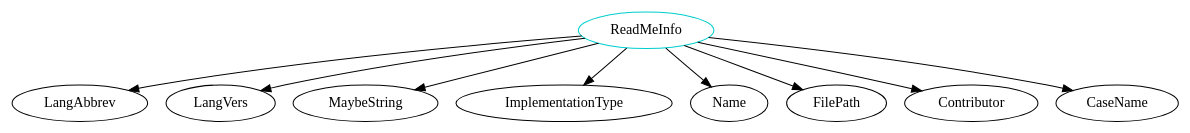
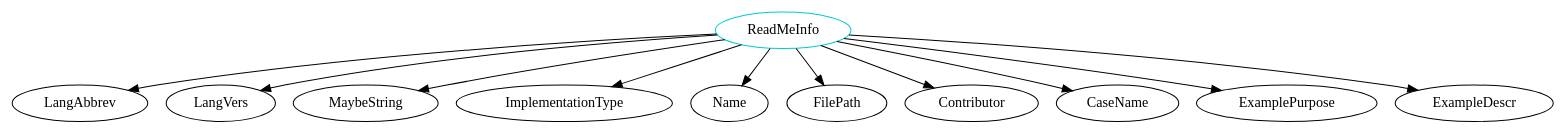
Before and after one commit to JacquesCarette/Drasil: the diagram in analysis/TypeDependencyGraphs/code/ReadMeInfo.dot, drawn with Graphviz. The commit also changed 9672 other files, not shown here.

```diff
--- a/analysis/TypeDependencyGraphs/code/ReadMeInfo.dot
+++ b/analysis/TypeDependencyGraphs/code/ReadMeInfo.dot
@@ -1,11 +1,13 @@
 digraph readmeinfo{
 ReadMeInfo	[shape=oval, color=cyan3, label="ReadMeInfo"];
 ReadMeInfo -> LangAbbrev;
 ReadMeInfo -> LangVers;
 ReadMeInfo -> MaybeString;
 ReadMeInfo -> ImplementationType;
 ReadMeInfo -> Name;
 ReadMeInfo -> FilePath;
 ReadMeInfo -> Contributor;
 ReadMeInfo -> CaseName;
+ReadMeInfo -> ExamplePurpose;
+ReadMeInfo -> ExampleDescr;
 }
```
